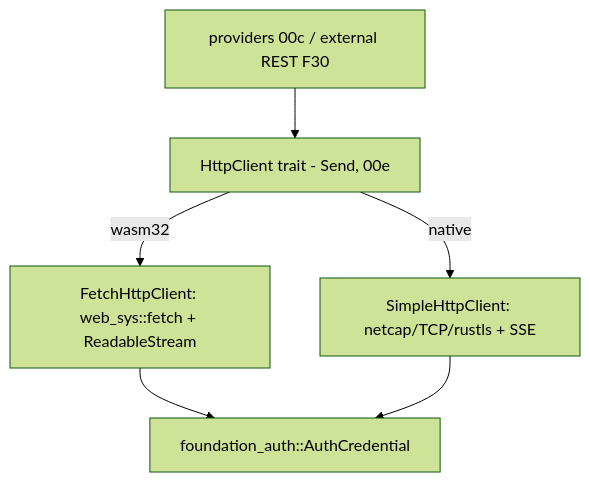
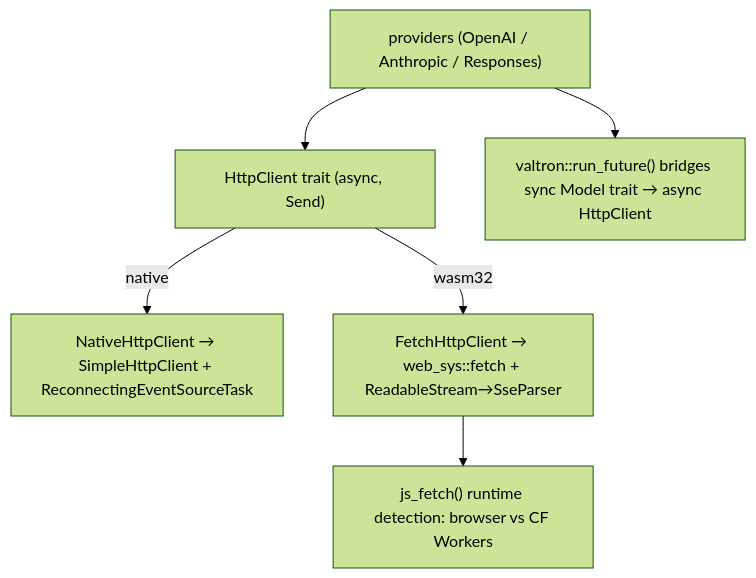
Before and after one commit to ewe-studios/ewe_platform: the diagram in specifications/36-agentic-api/features/00f-wasm-fetch-http-client/feature.md, drawn with Mermaid (forest theme). The commit also changed other lines of this file and 18 other files, not shown here.

First line of the commit message:
spec-36 F00f: HttpClient trait + NativeHttpClient + FetchHttpClient (phases 1-3)

````diff
--- a/specifications/36-agentic-api/features/00f-wasm-fetch-http-client/feature.md
+++ b/specifications/36-agentic-api/features/00f-wasm-fetch-http-client/feature.md
@@ -95,8 +200,8 @@
 ```mermaid
 graph TD
-    P[providers 00c / external REST F30] --> T[HttpClient trait - Send, 00e]
-    T -->|native| N[SimpleHttpClient: netcap/TCP/rustls + SSE]
-    T -->|wasm32| W[FetchHttpClient: web_sys::fetch + ReadableStream]
-    W --> CRED[foundation_auth::AuthCredential]
-    N --> CRED
+    P["providers (OpenAI / Anthropic / Responses)"] --> T["HttpClient trait (async, Send)"]
+    T -->|native| N["NativeHttpClient → SimpleHttpClient + ReconnectingEventSourceTask"]
+    T -->|wasm32| W["FetchHttpClient → web_sys::fetch + ReadableStream→SseParser"]
+    W --> DET["js_fetch() runtime detection: browser vs CF Workers"]
+    P --> VF["valtron::run_future() bridges sync Model trait → async HttpClient"]
 ```
````
